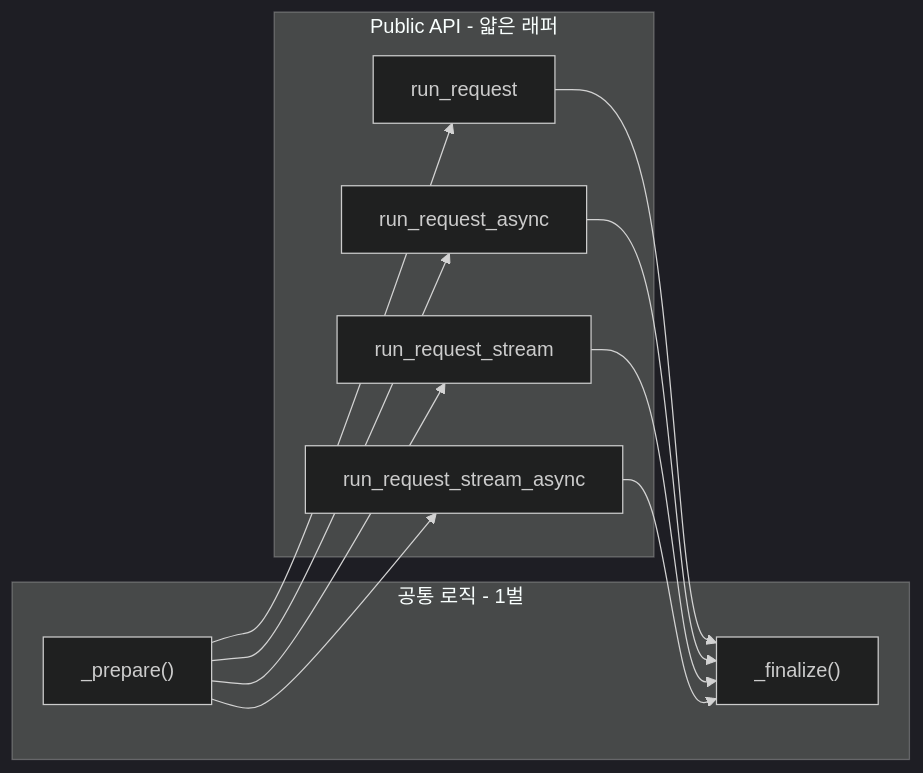
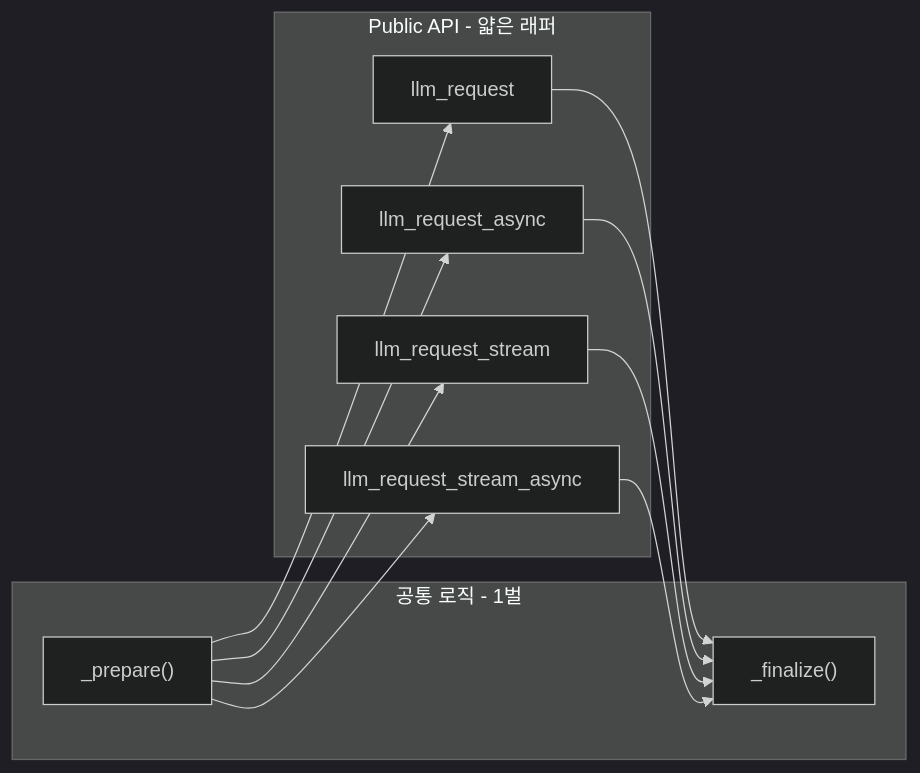
One commit to KiwoomAM/Kiwoom-Manager changed the first of 2 diagrams in llm-manager/plans/DESIGN.md. Above: the diagram before and after it, drawn with Mermaid (dark theme). The commit also changed other lines of this file and 3 other files, not shown here.

````diff
--- a/llm-manager/plans/DESIGN.md
+++ b/llm-manager/plans/DESIGN.md
@@ -76,15 +76,15 @@
 ```mermaid
 flowchart LR
     subgraph core [공통 로직 - 1벌]
         Prepare["_prepare()"]
         Finalize["_finalize()"]
     end
     subgraph wrappers [Public API - 얇은 래퍼]
-        RS["run_request"]
-        RA["run_request_async"]
-        RSS["run_request_stream"]
-        RSA["run_request_stream_async"]
+        RS["llm_request"]
+        RA["llm_request_async"]
+        RSS["llm_request_stream"]
+        RSA["llm_request_stream_async"]
     end
     Prepare --> RS & RA & RSS & RSA
     RS & RA & RSS & RSA --> Finalize
 ```
````
